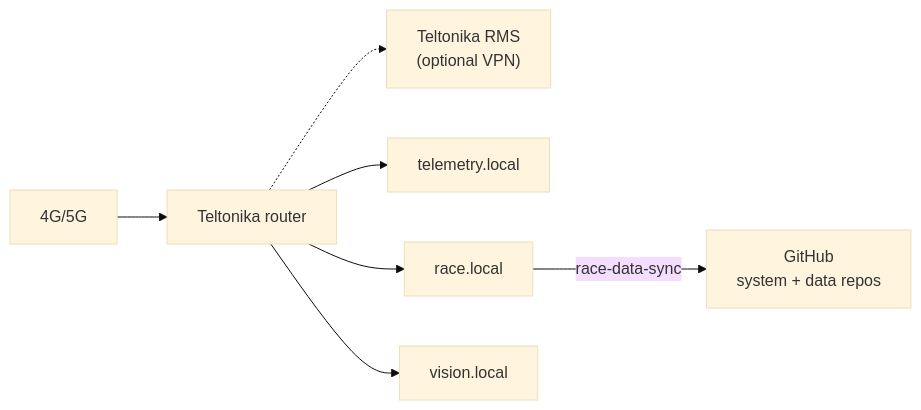
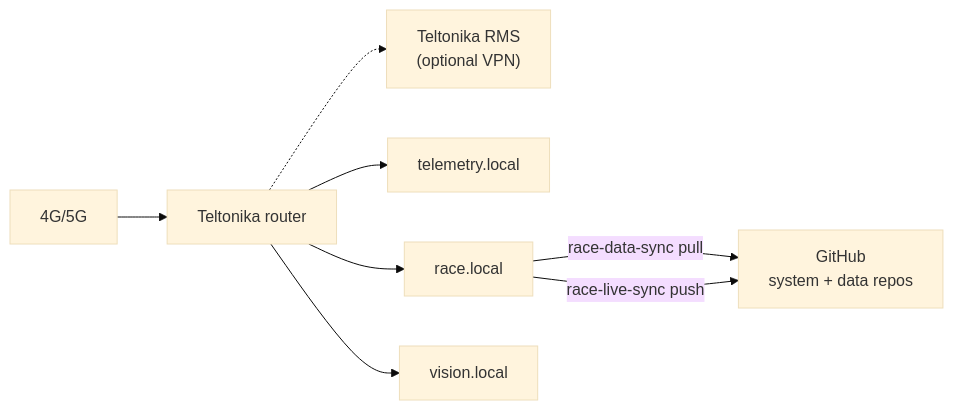
One commit to cognite-fholm/AI-sailing-system changed the second of 34 diagrams in spec.md. Above: the diagram before and after it, drawn with Mermaid (base theme). The commit also changed other lines of this file and 31 other files, not shown here.

First line of the commit message:
feat: race live sync, lifecycle, and zero Pi config (ADR-0025-0027)

````diff
--- a/spec.md
+++ b/spec.md
@@ -248,14 +254,15 @@
 ```mermaid
 flowchart LR
     LTE["4G/5G"]
     RMS["Teltonika RMS\n(optional VPN)"]
     RTR["Teltonika router"]
     Pi1["telemetry.local"]
     Pi2["race.local"]
     Pi3["vision.local"]
     GH["GitHub\nsystem + data repos"]
     LTE --> RTR
     RTR --> Pi1 & Pi2 & Pi3
-    Pi2 -->|race-data-sync| GH
+    Pi2 -->|race-data-sync pull| GH
+    Pi2 -->|race-live-sync push| GH
     RTR -.-> RMS
 ```
````
